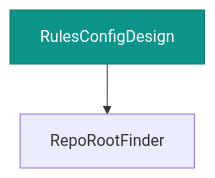
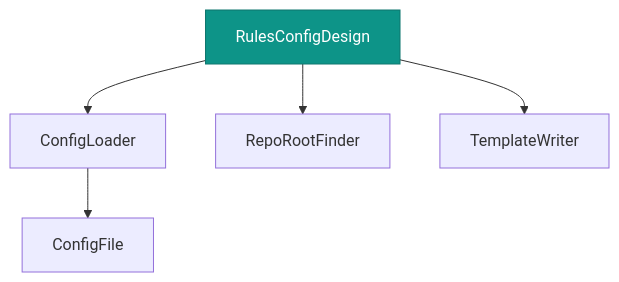
The diagram in packages/tooling/rules-config/design.md (deanhiller/webpieces-ts), drawn with Mermaid before and after one commit. The commit also changed other lines of this file and 8 other files, not shown here.

First line of the commit message:
rules-config cascade increment 2: config-loading cluster → injected services (#370)

````diff
--- a/packages/tooling/rules-config/design.md
+++ b/packages/tooling/rules-config/design.md
@@ -13,13 +13,19 @@
 ```mermaid
 graph TD
+    ConfigFile["ConfigFile"]
+    ConfigLoader["ConfigLoader"]
     RepoRootFinder["RepoRootFinder"]
     RulesConfigDesign["RulesConfigDesign"]:::apiImpl
+    TemplateWriter["TemplateWriter"]
+    ConfigLoader --> ConfigFile
+    RulesConfigDesign --> ConfigLoader
     RulesConfigDesign --> RepoRootFinder
+    RulesConfigDesign --> TemplateWriter
     classDef controller fill:#1f6feb,color:#ffffff,stroke:#0d419d
     classDef apiImpl fill:#0d9488,color:#ffffff,stroke:#0f766e
     classDef component fill:#2da44e,color:#ffffff,stroke:#1a7f37
     classDef unresolved fill:#f0ad4e,color:#000000,stroke:#b8860b,stroke-dasharray: 5 5
     classDef external fill:#b39ddb,color:#000000,stroke:#5e35b1,stroke-width:3px
     classDef api fill:#4fc3f7,color:#000000,stroke:#0277bd,stroke-width:3px
     classDef many fill:#eceff1,color:#000000,stroke:#546e7a,stroke-width:2px,stroke-dasharray: 4 2
 ```
````
